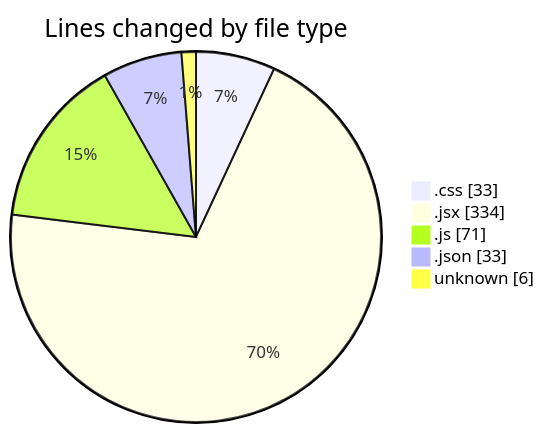
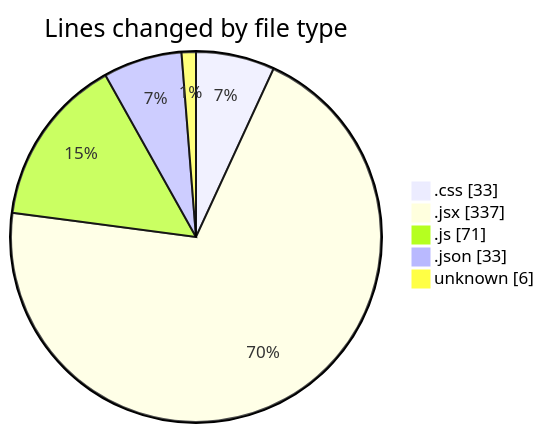
The first of 2 diagrams in 2025-02-14/elitegpt/README.md (Elitesun/code-tracking), drawn with Mermaid before and after one commit. The commit also changed other lines of this file and 1 other file, not shown here.

````diff
--- a/2025-02-14/elitegpt/README.md
+++ b/2025-02-14/elitegpt/README.md
@@ -32,9 +32,9 @@
 ```mermaid
 pie showData
 title Lines changed by file type
 ".css" : 33
-".jsx" : 334
+".jsx" : 337
 ".js" : 71
 ".json" : 33
 "unknown" : 6
 ```
````
